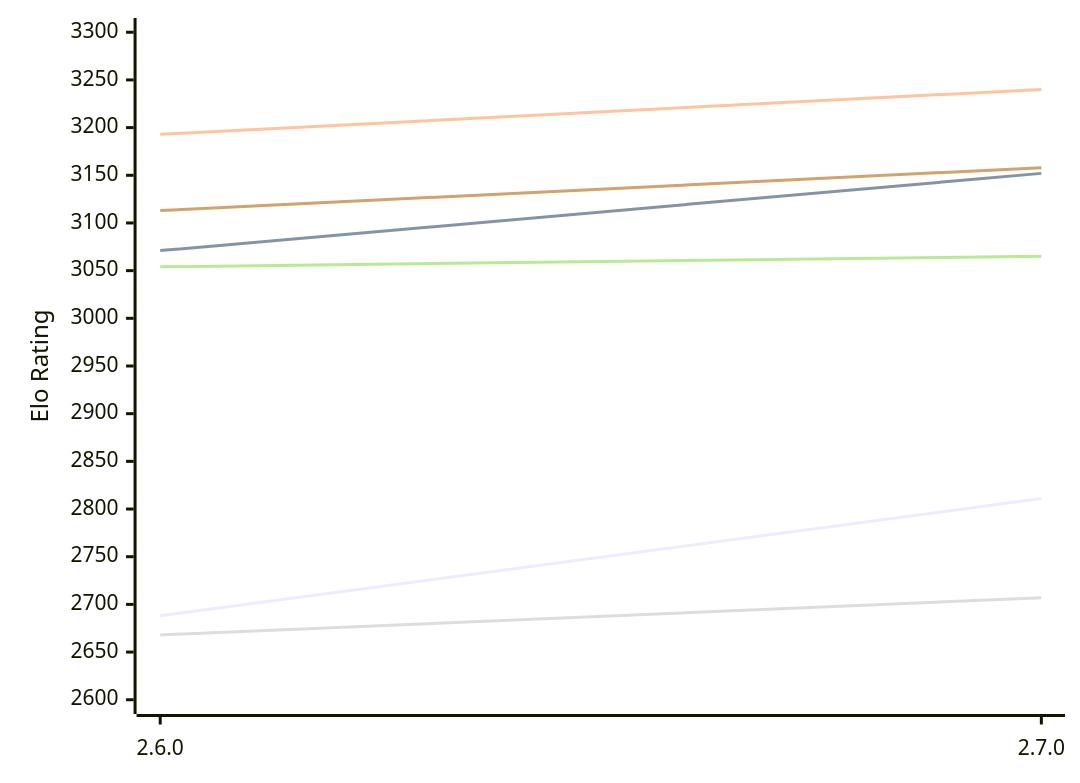
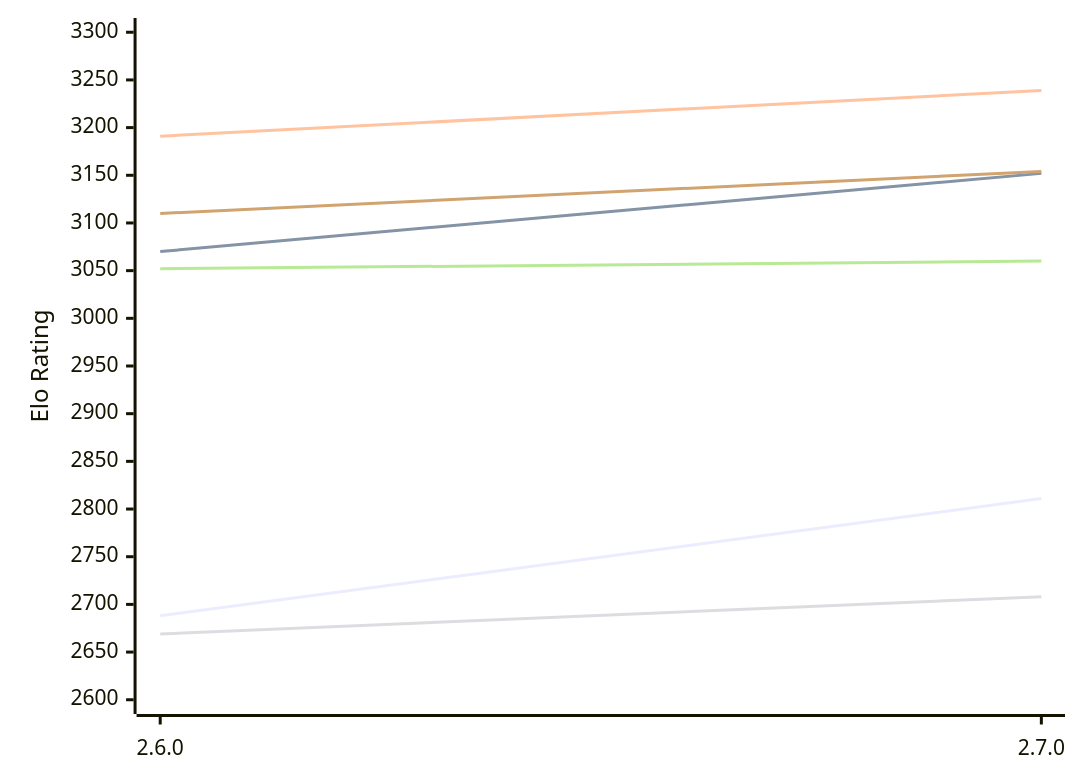
Before and after one commit to computer-chess-index/cci: the first of 2 diagrams in engines/Sturddle2.md, drawn with Mermaid. The commit also changed other lines of this file, not shown here.

Commit message:
Update CCI Ratings (ELO VLTC) - 2026-11-19

````diff
--- a/engines/Sturddle2.md
+++ b/engines/Sturddle2.md
@@ -51,12 +51,12 @@
 ```mermaid
 %%{init: {"theme":"base","themeVariables":{"seriesColors:['#a3a3a3','#222221','#faa371']}}}%%
 xychart-beta
   x-axis ["2.6.0", "2.7.0"]
   y-axis "Elo Rating" 2600 --> 3300
   line "E1: STC (8.0+0.08s)" [2688, 2811]
-  line "E1: LTC (60.0+0.60s)" [3071, 3152]
-  line "E1: VLTC (2m24s+1.12s)" [3193, 3240]
-  line "P1: STC (8.0+0.08s)" [2668, 2707]
-  line "P1: LTC (60.0+0.60s)" [3054, 3065]
-  line "P1: VLTC (2m24s+1.12s)" [3113, 3158]
+  line "E1: LTC (60.0+0.60s)" [3070, 3152]
+  line "E1: VLTC (2m24s+1.12s)" [3191, 3239]
+  line "P1: STC (8.0+0.08s)" [2669, 2708]
+  line "P1: LTC (60.0+0.60s)" [3052, 3060]
+  line "P1: VLTC (2m24s+1.12s)" [3110, 3154]
 ```
````
